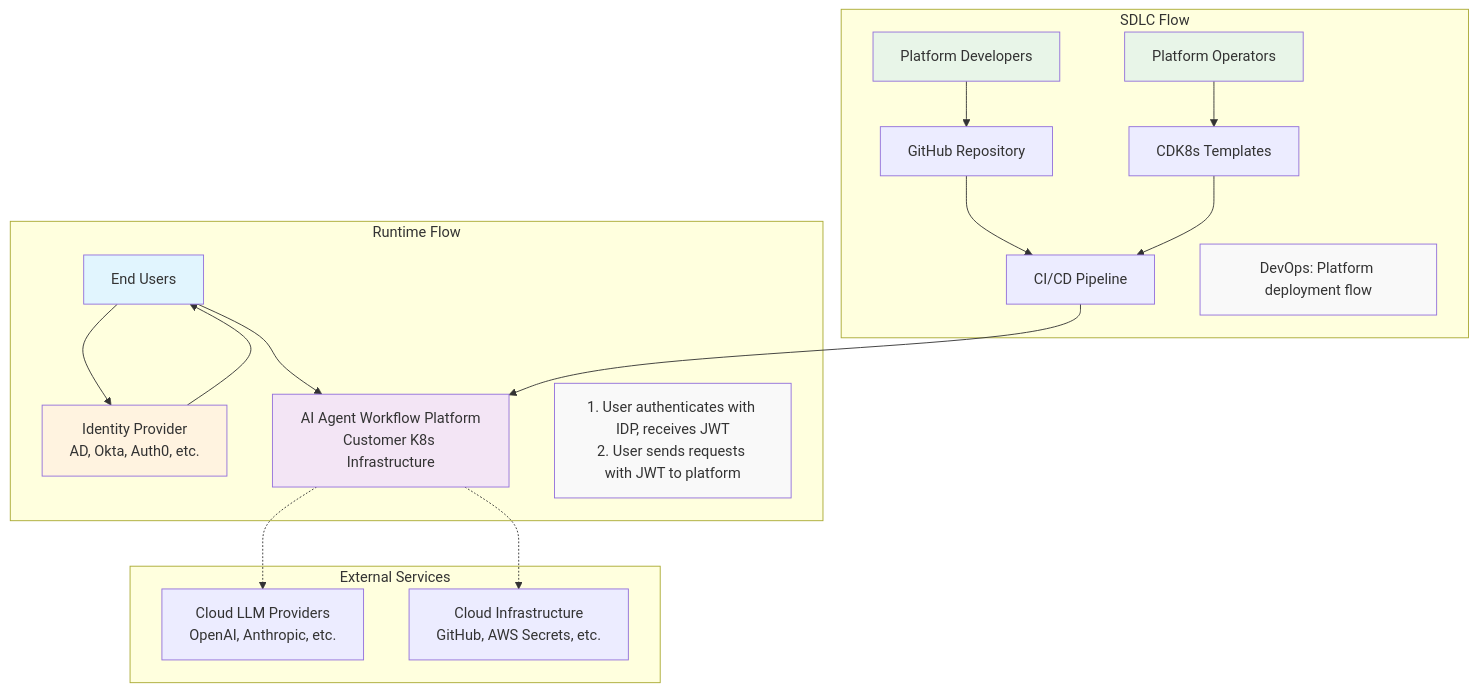
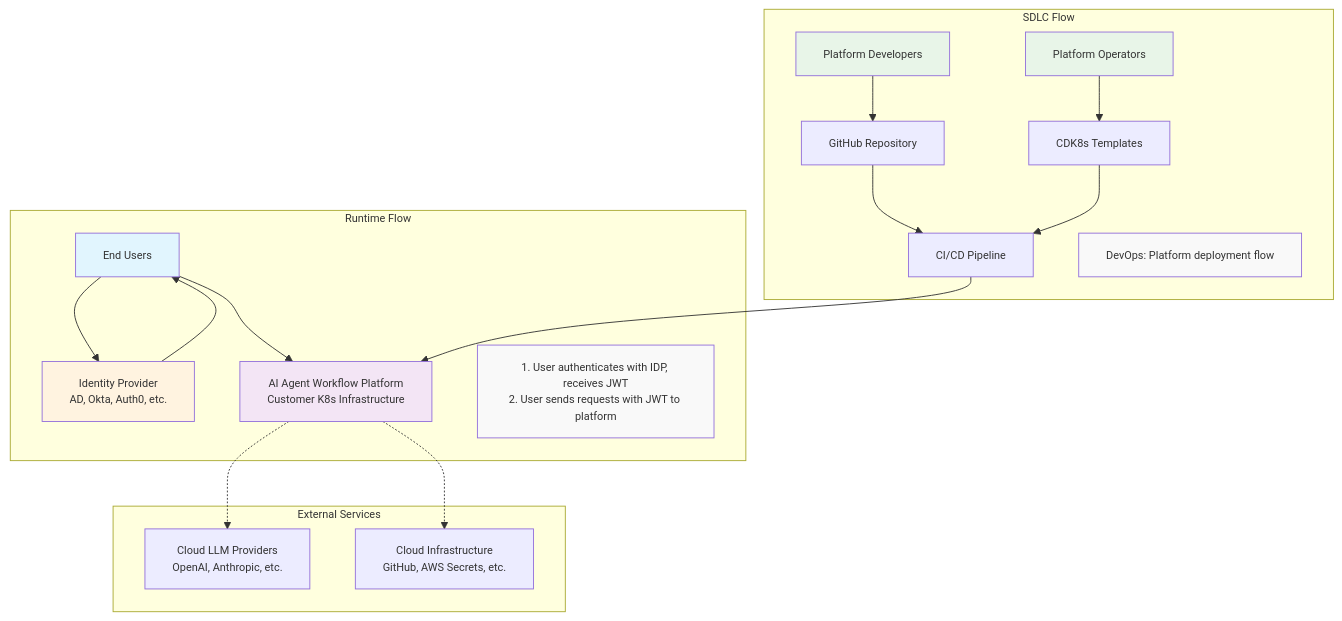
The diagram in diagrams/ai-agent-platform-system-overview.mmd (ondemandenv/ondemandenv.github.io), drawn with Mermaid before and after one commit. The commit also changed 4 other files, not shown here.

```diff
--- a/diagrams/ai-agent-platform-system-overview.mmd
+++ b/diagrams/ai-agent-platform-system-overview.mmd
@@ -1,34 +1,35 @@
+%%{init: {'theme':'default', 'themeVariables': {'fontSize': '12px', 'fontFamily': 'arial', 'primaryColor': '#ff6b6b', 'primaryTextColor': '#333', 'primaryBorderColor': '#ff6b6b', 'lineColor': '#333', 'secondaryColor': '#4ecdc4', 'tertiaryColor': '#45b7d1'}}}%%
 graph TD
     subgraph "Runtime Flow"
         USER[End Users] --> IDP[Identity Provider<br/>AD, Okta, Auth0, etc.]
         IDP --> USER
         USER --> PLATFORM[AI Agent Workflow Platform<br/>Customer K8s Infrastructure]
         note1[1. User authenticates with IDP, receives JWT<br/>2. User sends requests with JWT to platform]
     end
     
     subgraph "SDLC Flow"
         DEVS[Platform Developers] --> GITHUB[GitHub Repository]
         OPS[Platform Operators] --> CDK8S[CDK8s Templates]
         GITHUB --> CI_CD[CI/CD Pipeline]
         CDK8S --> CI_CD
         CI_CD --> PLATFORM
         note2[DevOps: Platform deployment flow]
     end
     
     subgraph "External Services"
         IDP
         CLOUD_LLM[Cloud LLM Providers<br/>OpenAI, Anthropic, etc.]
         CLOUD_INFRA[Cloud Infrastructure<br/>GitHub, AWS Secrets, etc.]
         GITHUB
     end
     
     PLATFORM -.-> CLOUD_LLM
     PLATFORM -.-> CLOUD_INFRA
     
     style USER fill:#e1f5fe
     style PLATFORM fill:#f3e5f5
     style IDP fill:#fff3e0
     style DEVS fill:#e8f5e8
     style OPS fill:#e8f5e8
     style note1 fill:#f9f9f9
     style note2 fill:#f9f9f9 
```
